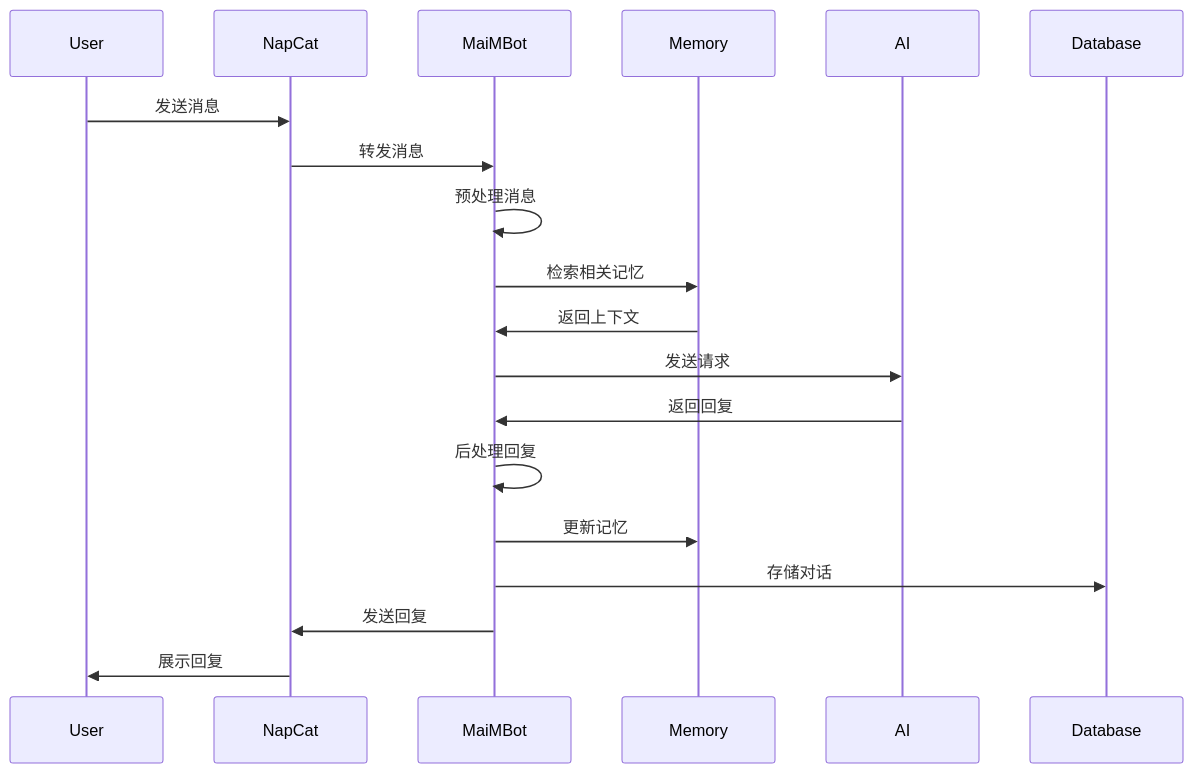
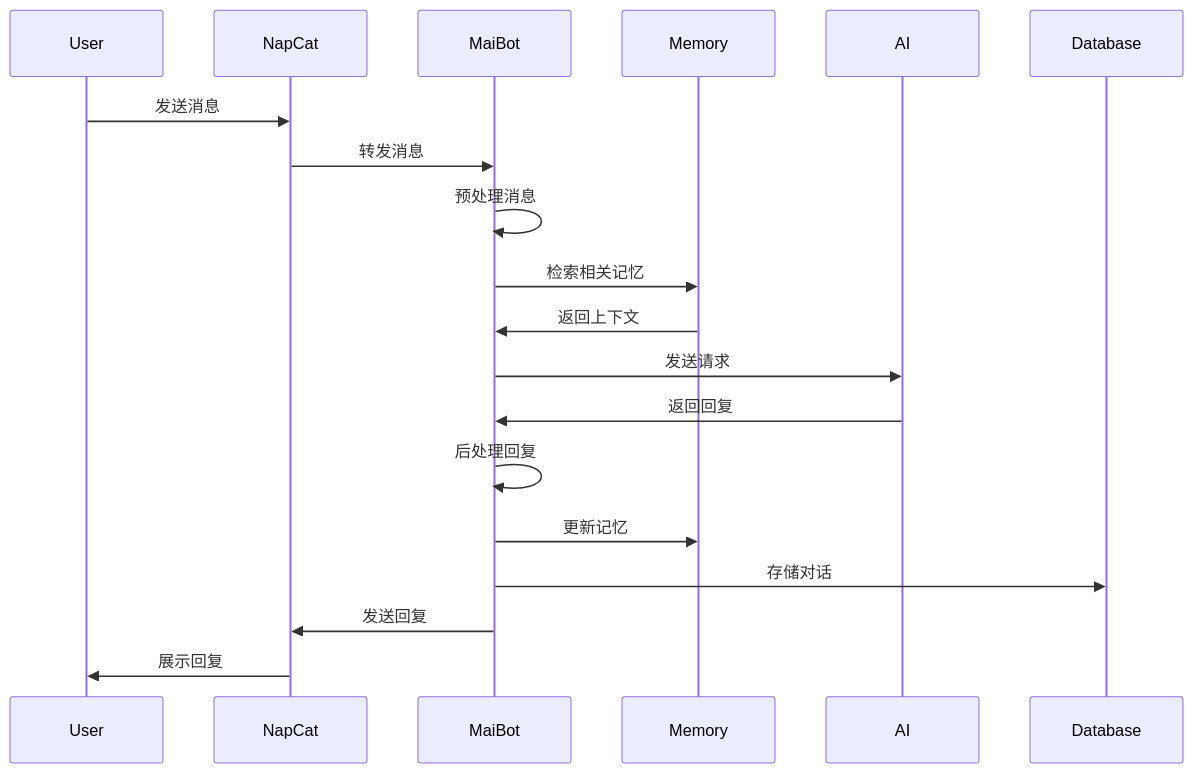
One commit to MaiM-with-u/docs changed the second of 3 diagrams in develop/structure/index_bak.md. Above: the diagram before and after it, drawn with Mermaid. The commit also changed other lines of this file and 21 other files, not shown here.

````diff
--- a/develop/structure/index_bak.md
+++ b/develop/structure/index_bak.md
@@ -160,22 +160,22 @@
 ```mermaid
 sequenceDiagram
     participant User
     participant NapCat
-    participant MaiMBot
+    participant MaiBot
     participant Memory
     participant AI
     participant Database
     
     User->>NapCat: 发送消息
-    NapCat->>MaiMBot: 转发消息
-    MaiMBot->>MaiMBot: 预处理消息
-    MaiMBot->>Memory: 检索相关记忆
-    Memory->>MaiMBot: 返回上下文
-    MaiMBot->>AI: 发送请求
-    AI->>MaiMBot: 返回回复
-    MaiMBot->>MaiMBot: 后处理回复
-    MaiMBot->>Memory: 更新记忆
-    MaiMBot->>Database: 存储对话
-    MaiMBot->>NapCat: 发送回复
+    NapCat->>MaiBot: 转发消息
+    MaiBot->>MaiBot: 预处理消息
+    MaiBot->>Memory: 检索相关记忆
+    Memory->>MaiBot: 返回上下文
+    MaiBot->>AI: 发送请求
+    AI->>MaiBot: 返回回复
+    MaiBot->>MaiBot: 后处理回复
+    MaiBot->>Memory: 更新记忆
+    MaiBot->>Database: 存储对话
+    MaiBot->>NapCat: 发送回复
     NapCat->>User: 展示回复
 ```
````
